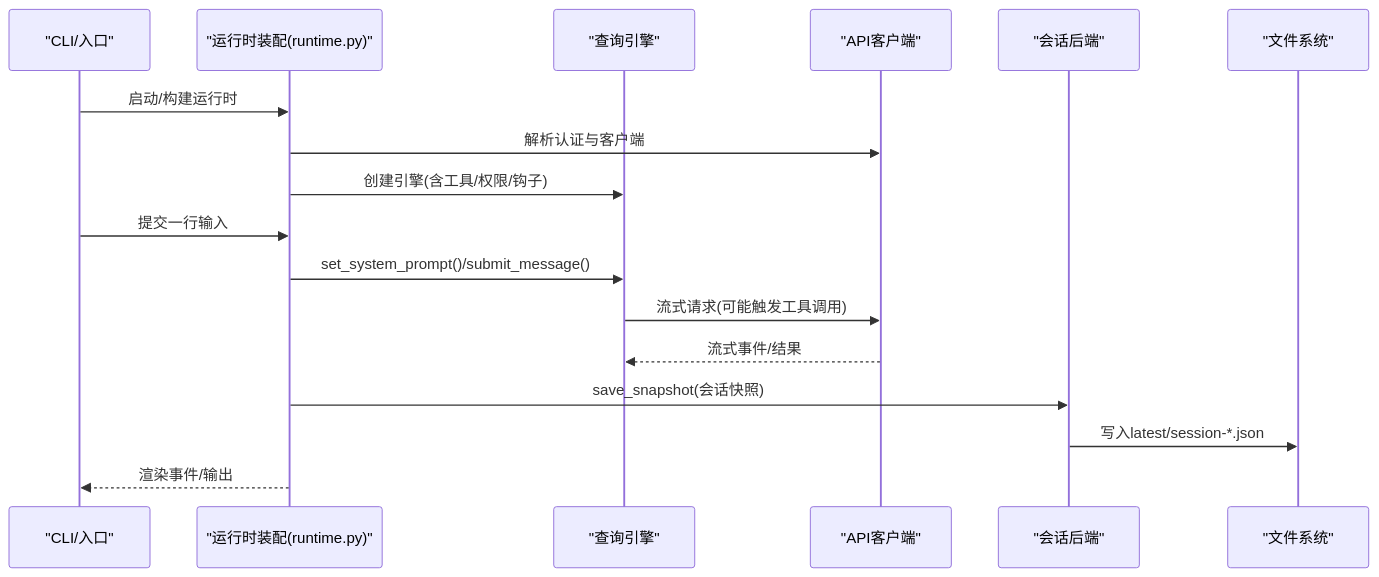
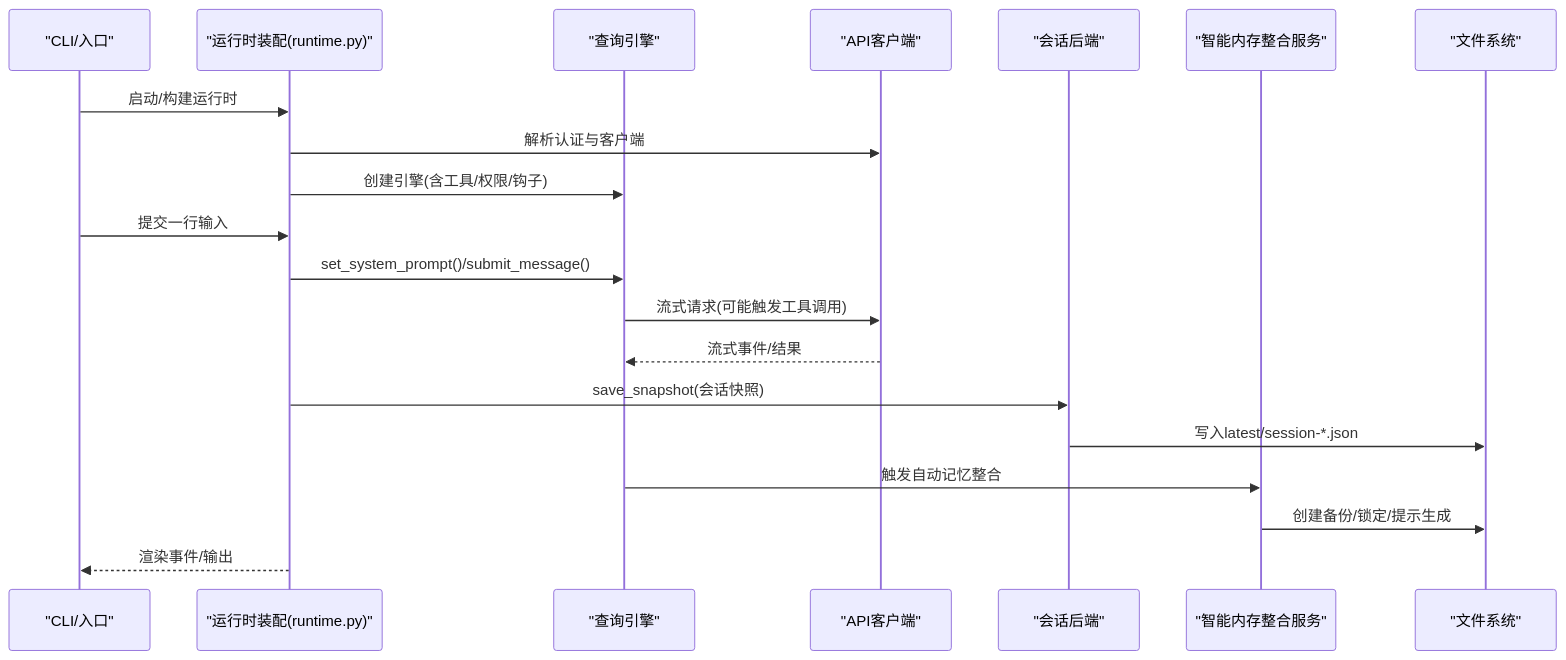
The second of 8 diagrams in .qoder/repowiki/zh/content/服务系统/服务系统.md (tea4go/OpenHarness), drawn with Mermaid before and after one commit. The commit also changed other lines of this file and 4 other files, not shown here.

First line of the commit message:
docs(ui): 增强UI运行时与图像生成工具支持

````diff
--- a/.qoder/repowiki/zh/content/服务系统/服务系统.md
+++ b/.qoder/repowiki/zh/content/服务系统/服务系统.md
@@ -129,19 +153,22 @@
 ```mermaid
 sequenceDiagram
 participant CLI as "CLI/入口"
 participant RT as "运行时装配(runtime.py)"
 participant ENG as "查询引擎"
 participant API as "API客户端"
 participant SB as "会话后端"
+participant AD as "智能内存整合服务"
 participant FS as "文件系统"
 CLI->>RT : 启动/构建运行时
 RT->>API : 解析认证与客户端
 RT->>ENG : 创建引擎(含工具/权限/钩子)
 CLI->>RT : 提交一行输入
 RT->>ENG : set_system_prompt()/submit_message()
 ENG->>API : 流式请求(可能触发工具调用)
 API-->>ENG : 流式事件/结果
 RT->>SB : save_snapshot(会话快照)
 SB->>FS : 写入latest/session-*.json
+ENG->>AD : 触发自动记忆整合
+AD->>FS : 创建备份/锁定/提示生成
 RT-->>CLI : 渲染事件/输出
 ```
````
